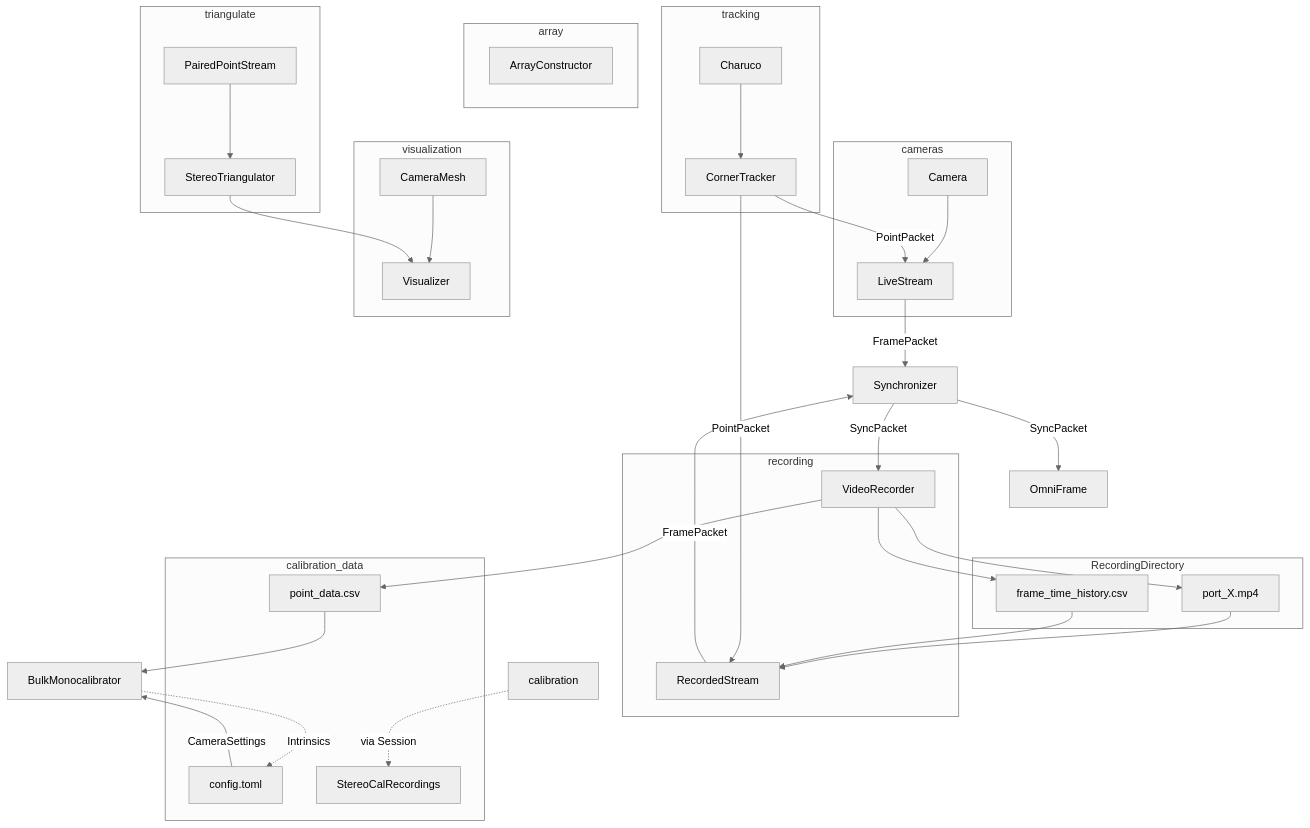
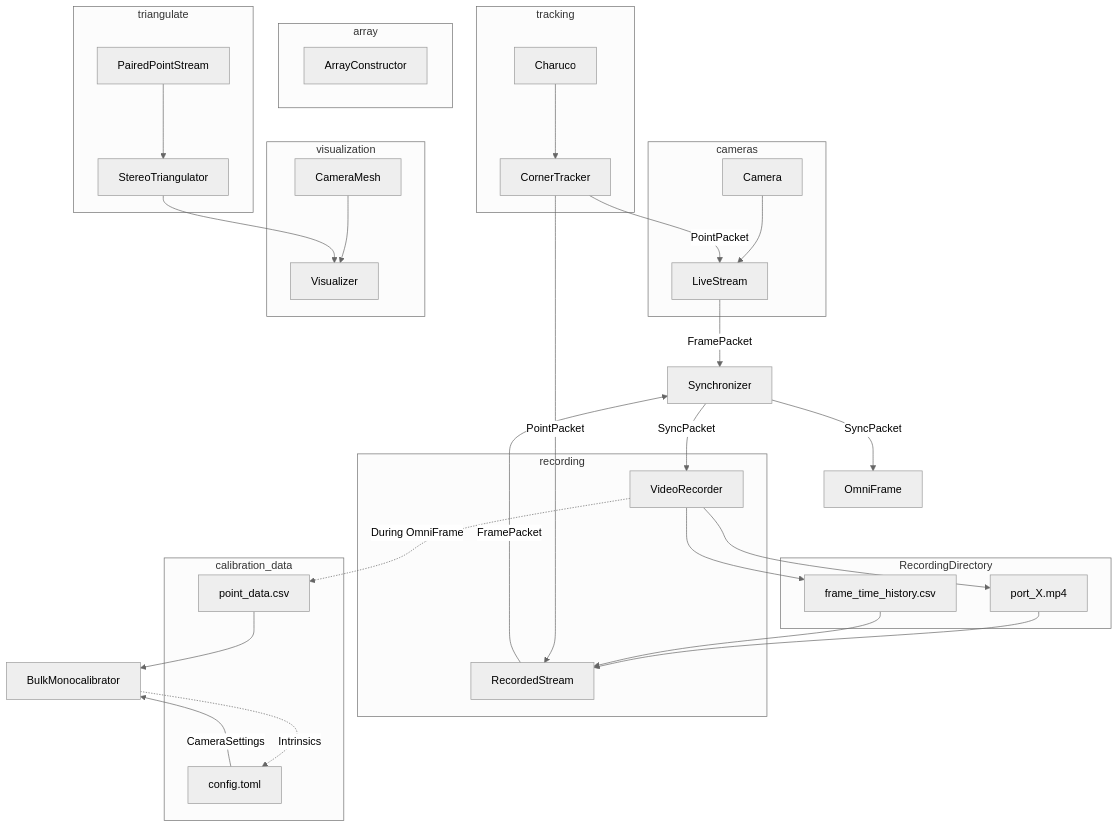
One commit to mprib/caliscope changed the diagram in README.md. Above: the diagram before and after it, drawn with Mermaid (neutral theme).

Commit message:
make more specific

````diff
--- a/README.md
+++ b/README.md
@@ -11,67 +11,64 @@
 ```mermaid
 graph TD
 
 
 LiveStream --FramePacket--> Synchronizer
 RecordedStream --FramePacket--> Synchronizer
 Synchronizer --SyncPacket--> VideoRecorder
 
 subgraph cameras
 Camera --> LiveStream
 end
 subgraph tracking
 Charuco --> CornerTracker
 CornerTracker --PointPacket--> LiveStream
 end
 
 
 Synchronizer --SyncPacket-->  OmniFrame
 
 subgraph recording
 RecordedStream
 VideoRecorder 
 end
 
 
 VideoRecorder --> frame_time_history.csv
 VideoRecorder --> port_X.mp4 
-VideoRecorder --> point_data.csv
+VideoRecorder -.During OmniFrame.-> point_data.csv
 
 subgraph RecordingDirectory
 port_X.mp4 --> RecordedStream
 frame_time_history.csv --> RecordedStream
 end
 
 
 point_data.csv --> BulkMonocalibrator
 config.toml --CameraSettings--> BulkMonocalibrator
 BulkMonocalibrator -.Intrinsics.-> config.toml
 
 
 subgraph calibration_data
 point_data.csv
 config.toml
-StereoCalRecordings
 end
 
 
 CornerTracker --PointPacket--> RecordedStream
-
-calibration -.via Session.-> StereoCalRecordings
 
 subgraph array
 ArrayConstructor
 end
 
 
 
 subgraph triangulate
 PairedPointStream --> StereoTriangulator
 end
 
 subgraph visualization
 CameraMesh --> Visualizer
 StereoTriangulator --> Visualizer
 end
 
 ```
````
